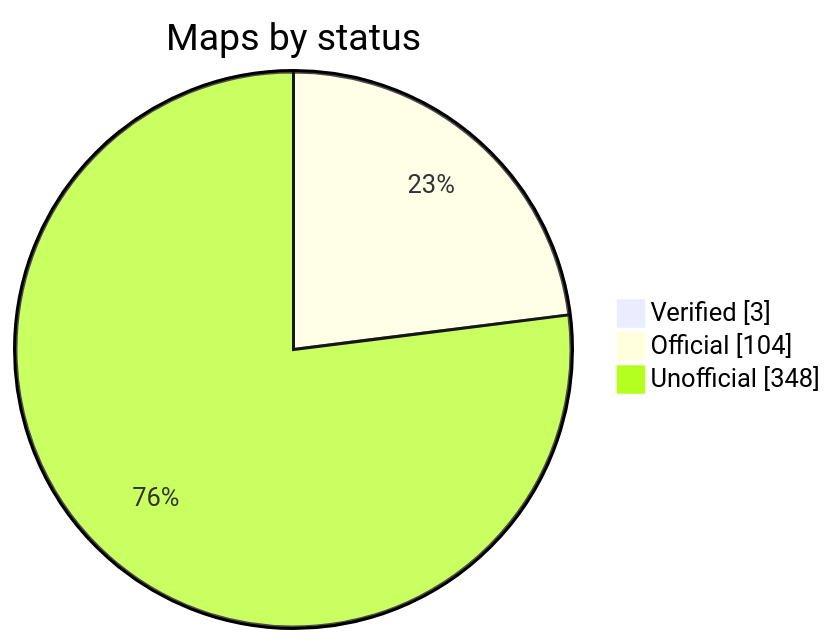
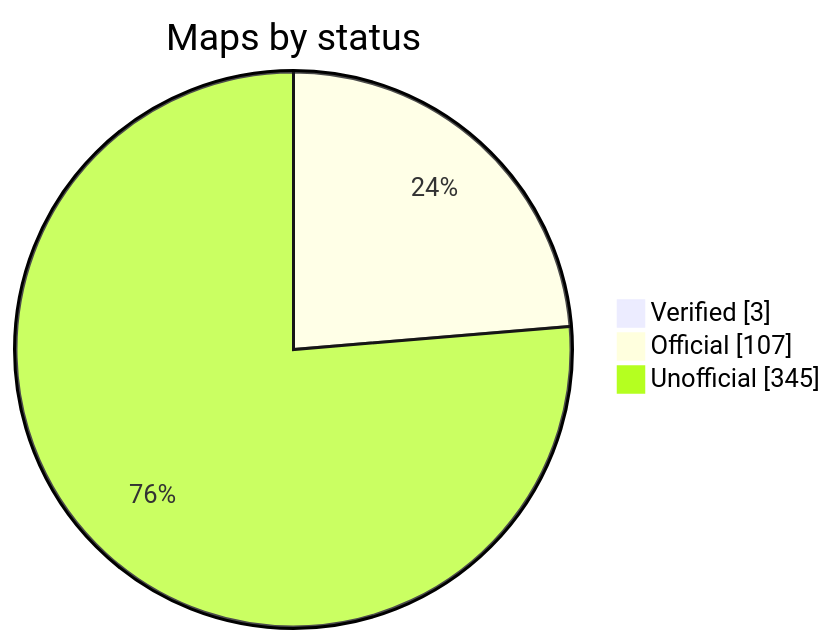
Before and after one commit to nobrega8/mbmap-library: the diagram in README.md, drawn with Mermaid. The commit also changed 1 other file, not shown here.

Commit message:
Rebuild the index

````diff
--- a/README.md
+++ b/README.md
@@ -48,7 +48,7 @@
 ```mermaid
 pie showData
     title Maps by status
     "Verified" : 3
-    "Official" : 104
-    "Unofficial" : 348
+    "Official" : 107
+    "Unofficial" : 345
 ```
````
